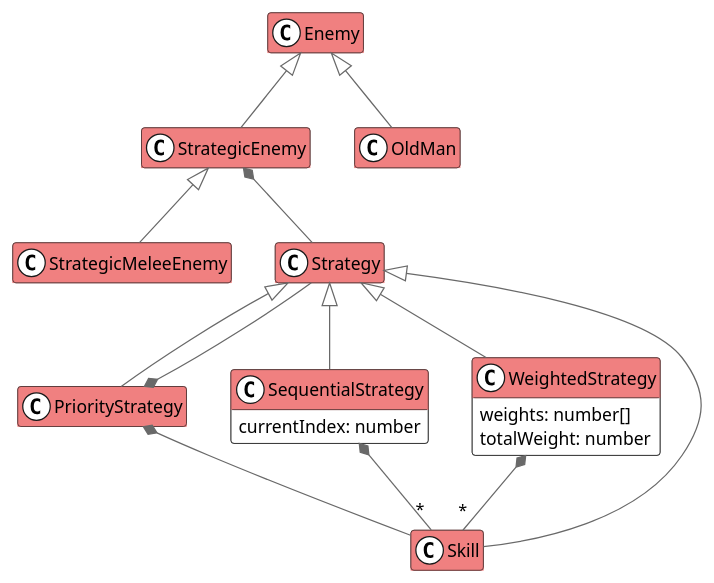
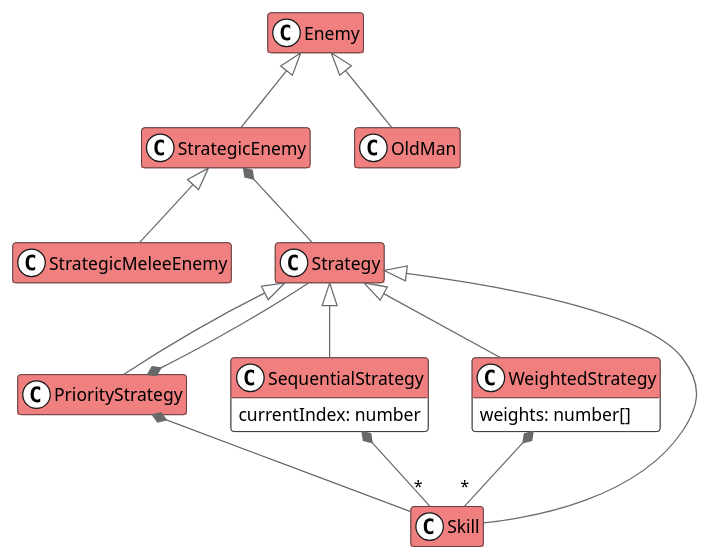
One commit to fbeaufume/draconis changed the diagram in doc/model-enemy.puml. Above: the diagram before and after it, drawn with PlantUML. The commit also changed 5 other files, not shown here.

```diff
--- a/doc/model-enemy.puml
+++ b/doc/model-enemy.puml
@@ -1,43 +1,42 @@
 @startuml
 
 scale 1.0
 hide empty methods
 hide empty attributes
 skinparam arrowColor #DimGray
 <style>
 spotClass { BackgroundColor white }
 </style>
 skinparam class {
   BackgroundColor White
   HeaderBackgroundColor LightCoral
 }
 
 class Enemy {
 }
 
 class PriorityStrategy {
 }
 
 class SequentialStrategy {
   currentIndex: number
 }
 
 class WeightedStrategy {
   weights: number[]
-  totalWeight: number
 }
 
 Enemy <|-- StrategicEnemy
 Enemy <|-- OldMan
 StrategicEnemy <|-- StrategicMeleeEnemy
 StrategicEnemy *-- Strategy
 Strategy <|-- Skill
 Strategy <|-- PriorityStrategy
 Strategy <|-- SequentialStrategy
 Strategy <|-- WeightedStrategy
 PriorityStrategy *-- Skill
 PriorityStrategy *-- Strategy
 WeightedStrategy *-- "*" Skill
 SequentialStrategy *-- "*" Skill
 
 @enduml
```
